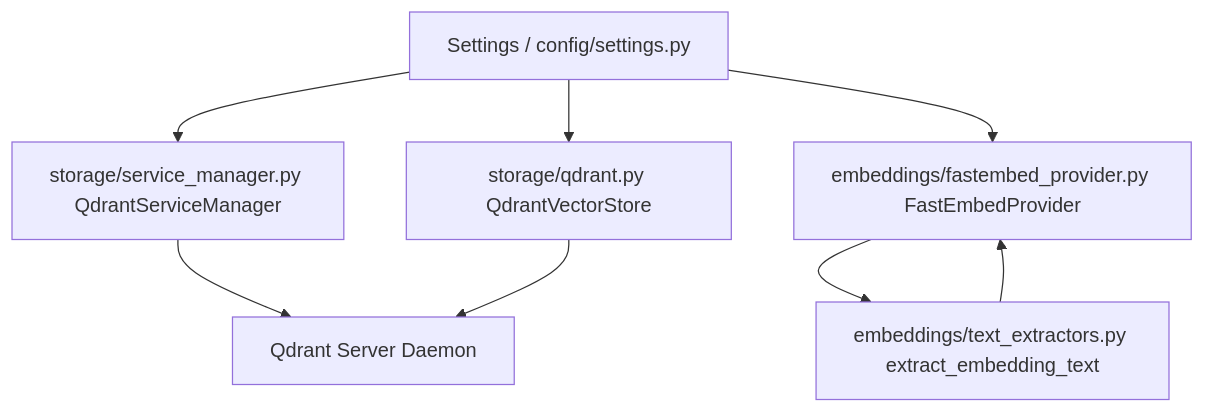
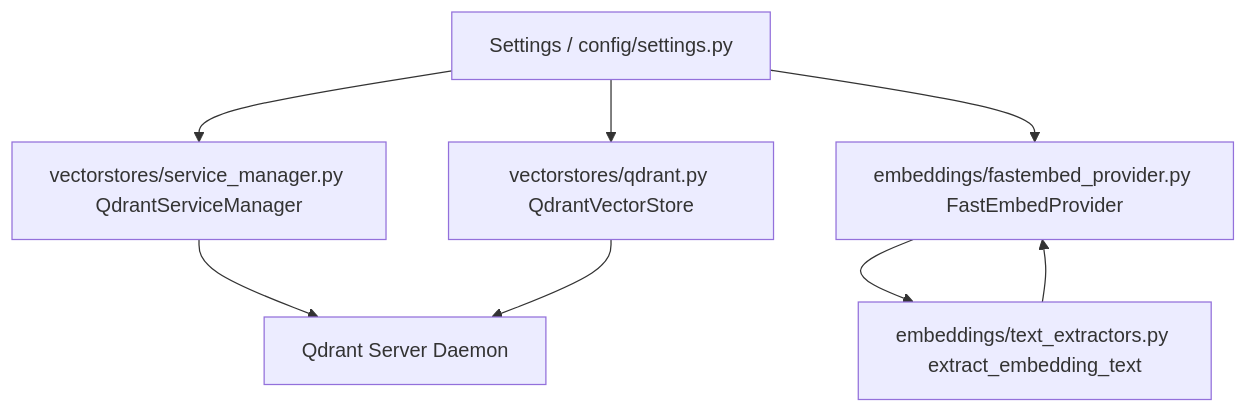
Before and after one commit to DiscantX/mtga-lexigrim: the diagram in docs/plans/phase_2_storage_and_embeddings.md, drawn with Mermaid. The commit also changed other lines of this file and 6 other files, not shown here.

````diff
--- a/docs/plans/phase_2_storage_and_embeddings.md
+++ b/docs/plans/phase_2_storage_and_embeddings.md
@@ -28,10 +28,10 @@
 ```mermaid
 graph TD
-    A[Settings / config/settings.py] --> B[storage/service_manager.py QdrantServiceManager]
+    A[Settings / config/settings.py] --> B[vectorstores/service_manager.py QdrantServiceManager]
     A --> C[embeddings/fastembed_provider.py FastEmbedProvider]
-    A --> D[storage/qdrant.py QdrantVectorStore]
+    A --> D[vectorstores/qdrant.py QdrantVectorStore]
     C --> E[embeddings/text_extractors.py extract_embedding_text]
     B --> F[Qdrant Server Daemon]
     D --> F
     E --> C
 ```
````
